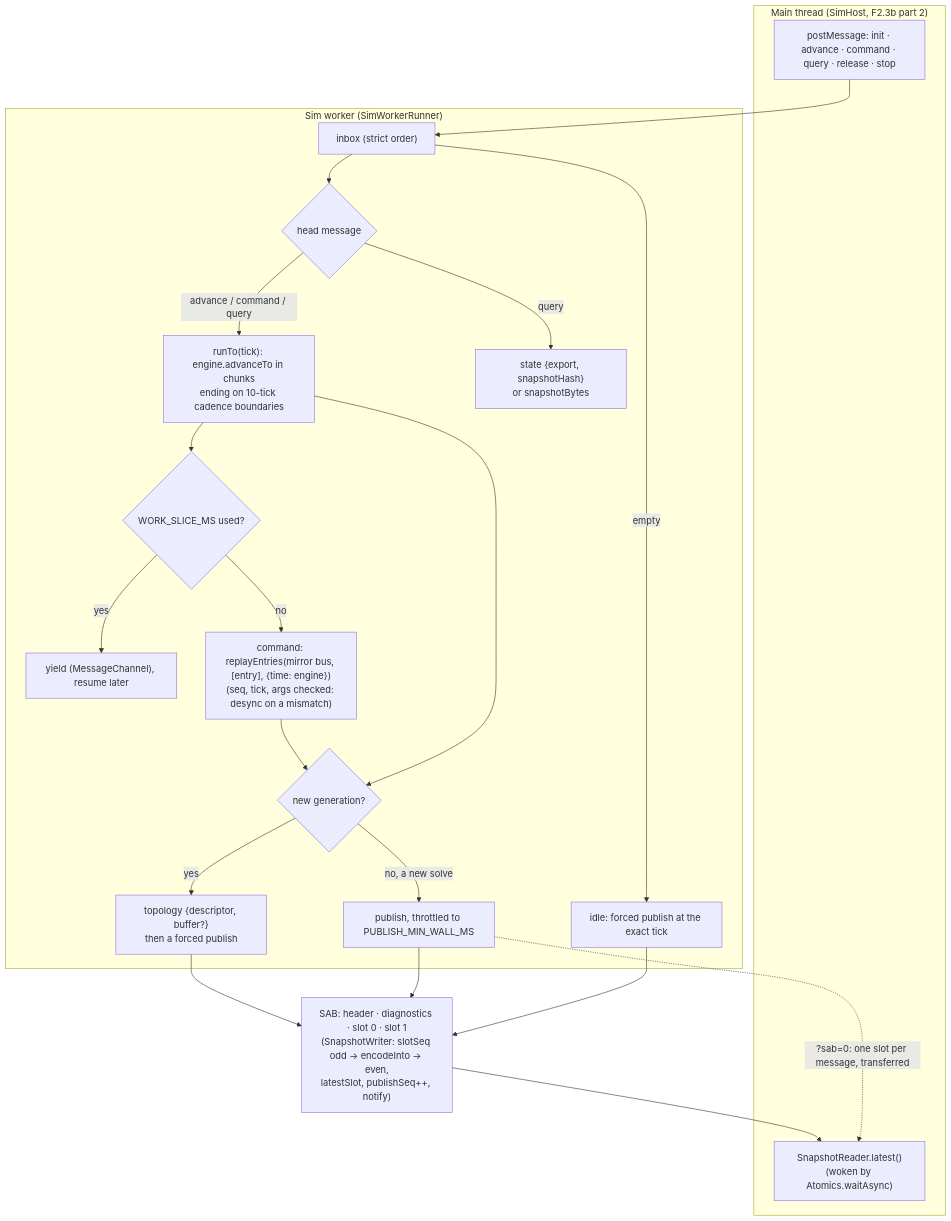
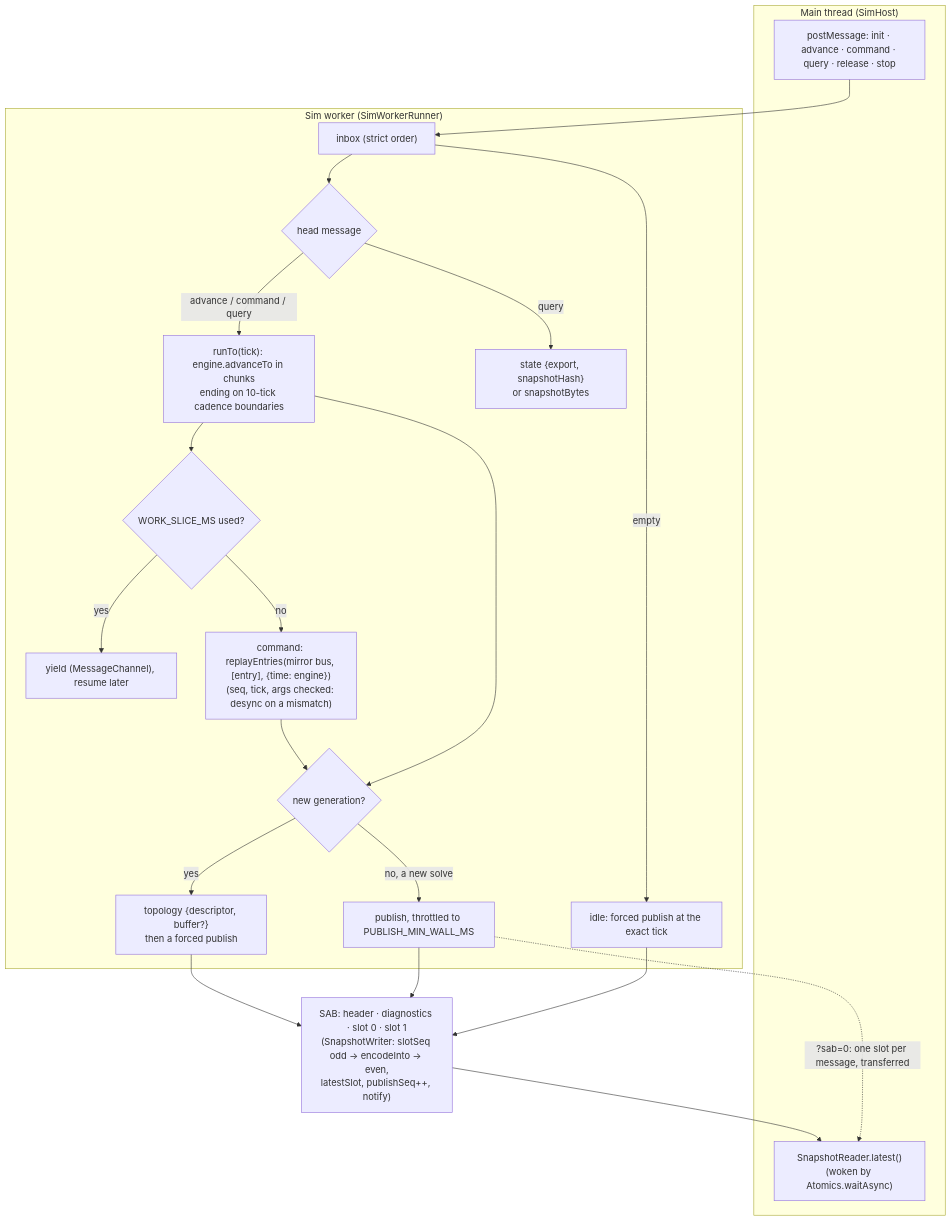
One commit to joebarbere/controls changed the eighth of 11 diagrams in docs/architecture/simulation.md. Above: the diagram before and after it, drawn with Mermaid. The commit also changed other lines of this file and 83 other files, not shown here.

First line of the commit message:
feat(feature-session): SimHost, the game's sim worker, async hash and saves (F2.3b part 2) (#58)

````diff
--- a/docs/architecture/simulation.md
+++ b/docs/architecture/simulation.md
@@ -469,26 +469,26 @@
 ```mermaid
 flowchart TB
-    subgraph main["Main thread (SimHost, F2.3b part 2)"]
+    subgraph main["Main thread (SimHost)"]
       POST["postMessage: init · advance · command · query · release · stop"]
       READ["SnapshotReader.latest()<br/>(woken by Atomics.waitAsync)"]
     end
     subgraph worker["Sim worker (SimWorkerRunner)"]
       IN["inbox (strict order)"] --> H{"head message"}
       H -->|advance / command / query| RUN["runTo(tick): engine.advanceTo in chunks<br/>ending on 10-tick cadence boundaries"]
       RUN --> SLICE{"WORK_SLICE_MS used?"}
       SLICE -->|yes| YIELD["yield (MessageChannel), resume later"]
       SLICE -->|no| APPLY["command: replayEntries(mirror bus, [entry], {time: engine})<br/>(seq, tick, args checked: desync on a mismatch)"]
       APPLY --> CHG{"new generation?"}
       RUN --> CHG
       CHG -->|yes| TOPO["topology {descriptor, buffer?}<br/>then a forced publish"]
       CHG -->|"no, a new solve"| THR["publish, throttled to PUBLISH_MIN_WALL_MS"]
       H -->|query| ANS["state {export, snapshotHash}<br/>or snapshotBytes"]
       IN -->|empty| IDLE["idle: forced publish at the exact tick"]
     end
     POST --> IN
     TOPO --> SAB
     THR --> SAB
     IDLE --> SAB
     SAB["SAB: header · diagnostics · slot 0 · slot 1<br/>(SnapshotWriter: slotSeq odd → encodeInto → even,<br/>latestSlot, publishSeq++, notify)"] --> READ
     THR -.->|"?sab=0: one slot per message, transferred"| READ
 ```
````
